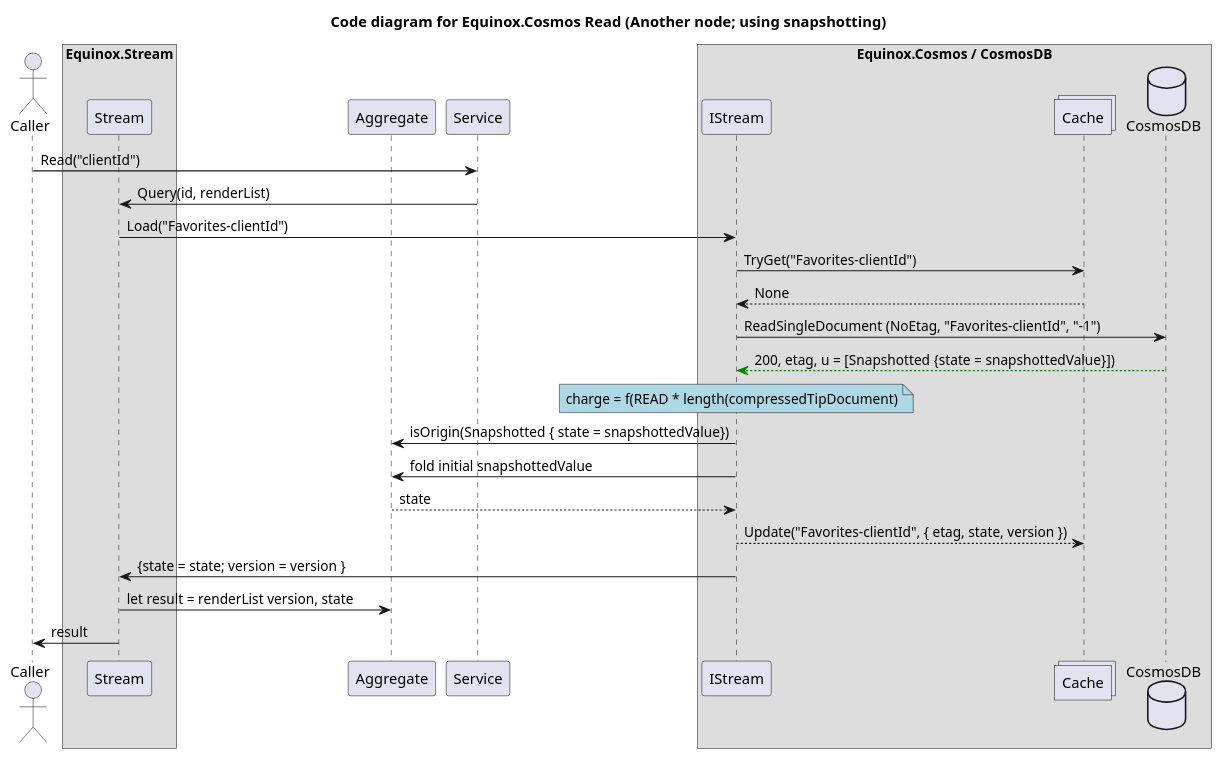
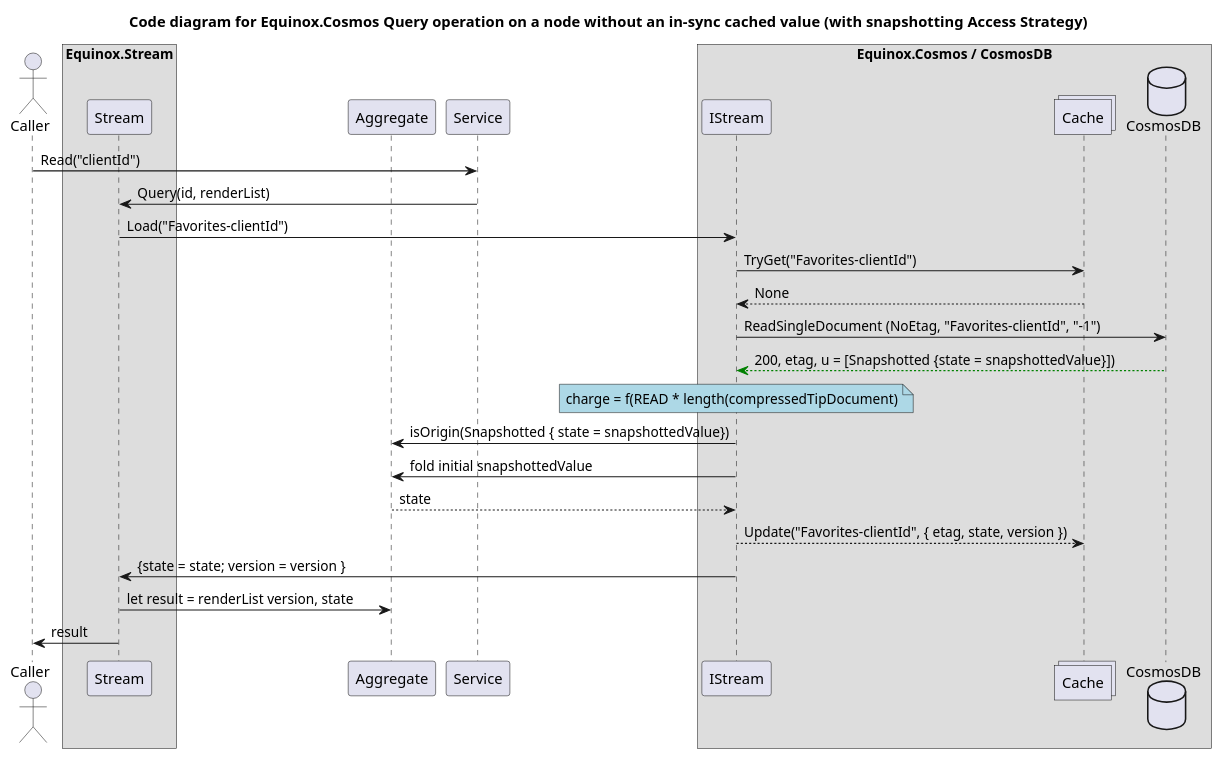
One commit to jet/equinox changed the fourth of 4 diagrams in diagrams/CosmosCode.puml. Above: the diagram before and after it, drawn with PlantUML. The commit also changed other lines of this file and 2 other files, not shown here.

Commit message:
Fix code diagram titles

```diff
--- a/diagrams/CosmosCode.puml
+++ b/diagrams/CosmosCode.puml
@@ -136,32 +136,32 @@
 @startuml
-title Code diagram for Equinox.Cosmos Read (Another node; using snapshotting)
+title Code diagram for Equinox.Cosmos Query operation on a node without an in-sync cached value (with snapshotting Access Strategy)
 
 actor Caller order 20
 box "Equinox.Stream"
     participant Stream order 40
 end box
 participant Aggregate order 50
 participant Service order 60
 box "Equinox.Cosmos / CosmosDB"
   participant IStream order 80
   collections Cache order 90
   database CosmosDB order 100
 end box
 
 Caller -> Service: Read("clientId")
 participant Aggregate
 Service -> Stream: Query(id, renderList)
 Stream -> IStream: Load("Favorites-clientId")
 IStream -> Cache: TryGet("Favorites-clientId")
 Cache --> IStream: None
 IStream -> CosmosDB: ReadSingleDocument (NoEtag, "Favorites-clientId", "-1")
 CosmosDB -[#green]-> IStream: 200, etag, u = [Snapshotted {state = snapshottedValue}])
 note over IStream #lightblue: charge = f(READ * length(compressedTipDocument)
 IStream -> Aggregate: isOrigin(Snapshotted { state = snapshottedValue})
 IStream -> Aggregate: fold initial snapshottedValue
 Aggregate --> IStream: state
 IStream --> Cache: Update("Favorites-clientId", { etag, state, version })
 IStream -> Stream: {state = state; version = version }
 Stream -> Aggregate: let result = renderList version, state
 Stream -> Caller: result
 @enduml
```
